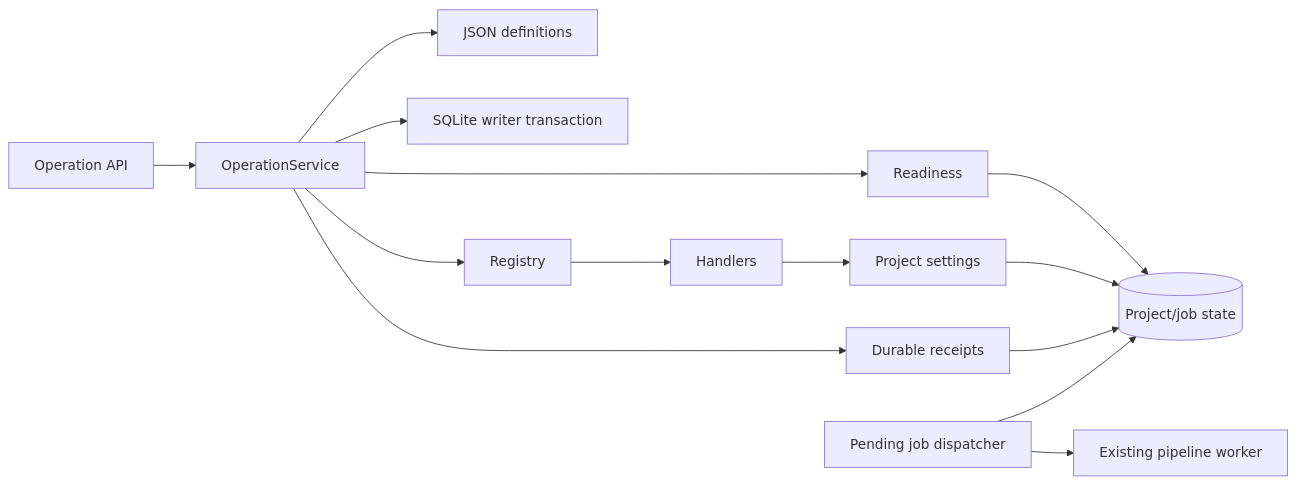
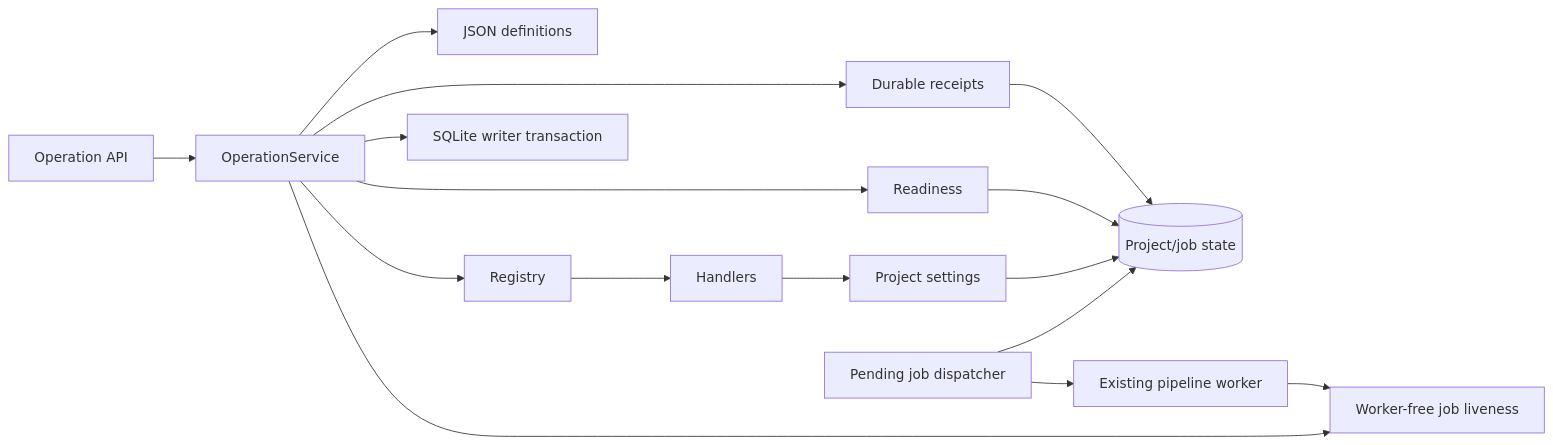
Before and after one commit to FidesTherese/blockvideo-upgrade-project: the diagram in docs/modules/operation-core.md, drawn with Mermaid. The commit also changed other lines of this file and 16 other files, not shown here.

````diff
--- a/docs/modules/operation-core.md
+++ b/docs/modules/operation-core.md
@@ -17,16 +17,18 @@
 ```mermaid
 flowchart LR
   API[Operation API] --> Core[OperationService]
   Core --> Catalog[JSON definitions]
   Core --> Receipt[Durable receipts]
   Core --> Txn[SQLite writer transaction]
   Core --> Ready[Readiness]
   Core --> Registry[Registry]
+  Core --> Live[Worker-free job liveness]
   Registry --> Handler[Handlers]
   Handler --> Settings[Project settings]
   Ready --> ORM[(Project/job state)]
   Settings --> ORM
   Receipt --> ORM
   Dispatcher[Pending job dispatcher] --> ORM
   Dispatcher --> Worker[Existing pipeline worker]
+  Worker --> Live
 ```
````
